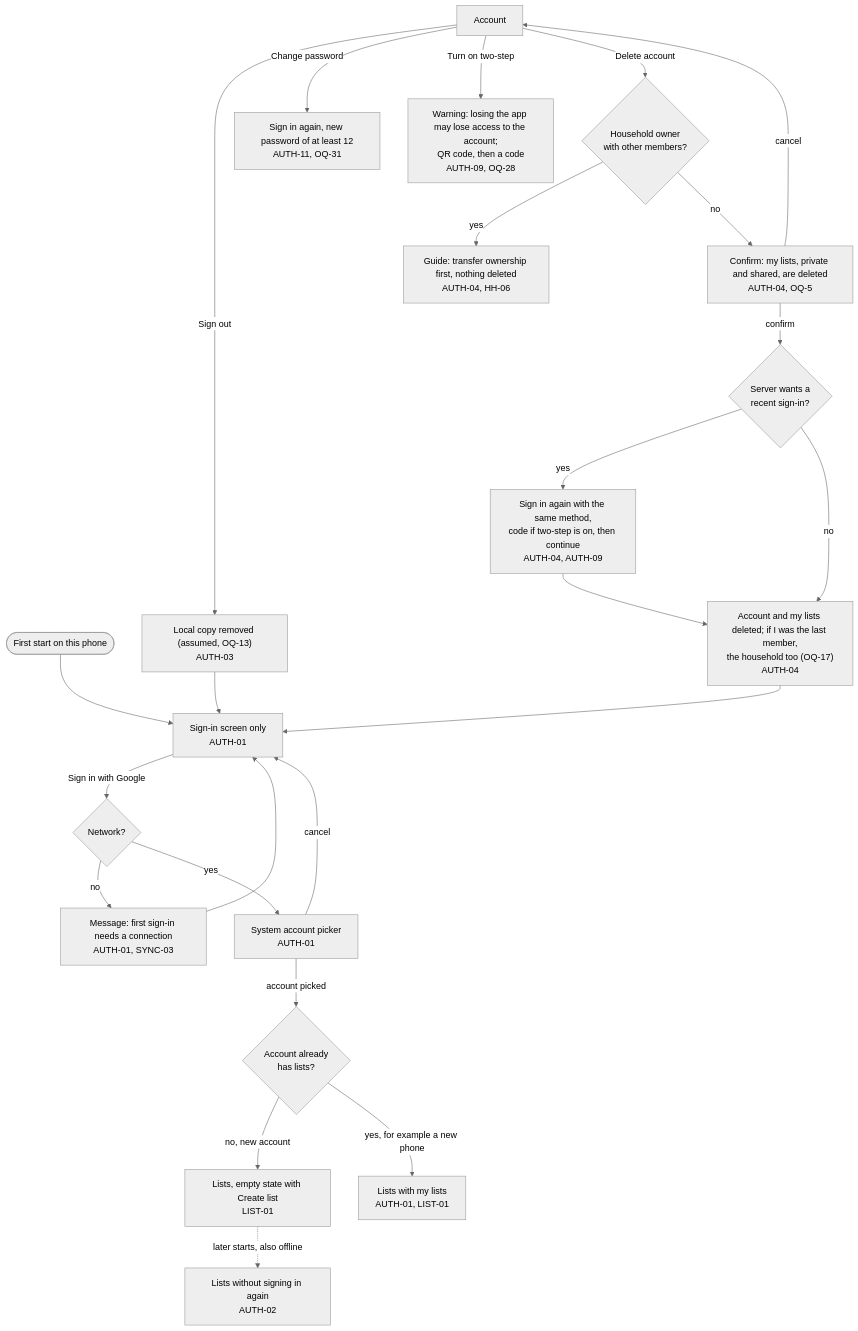
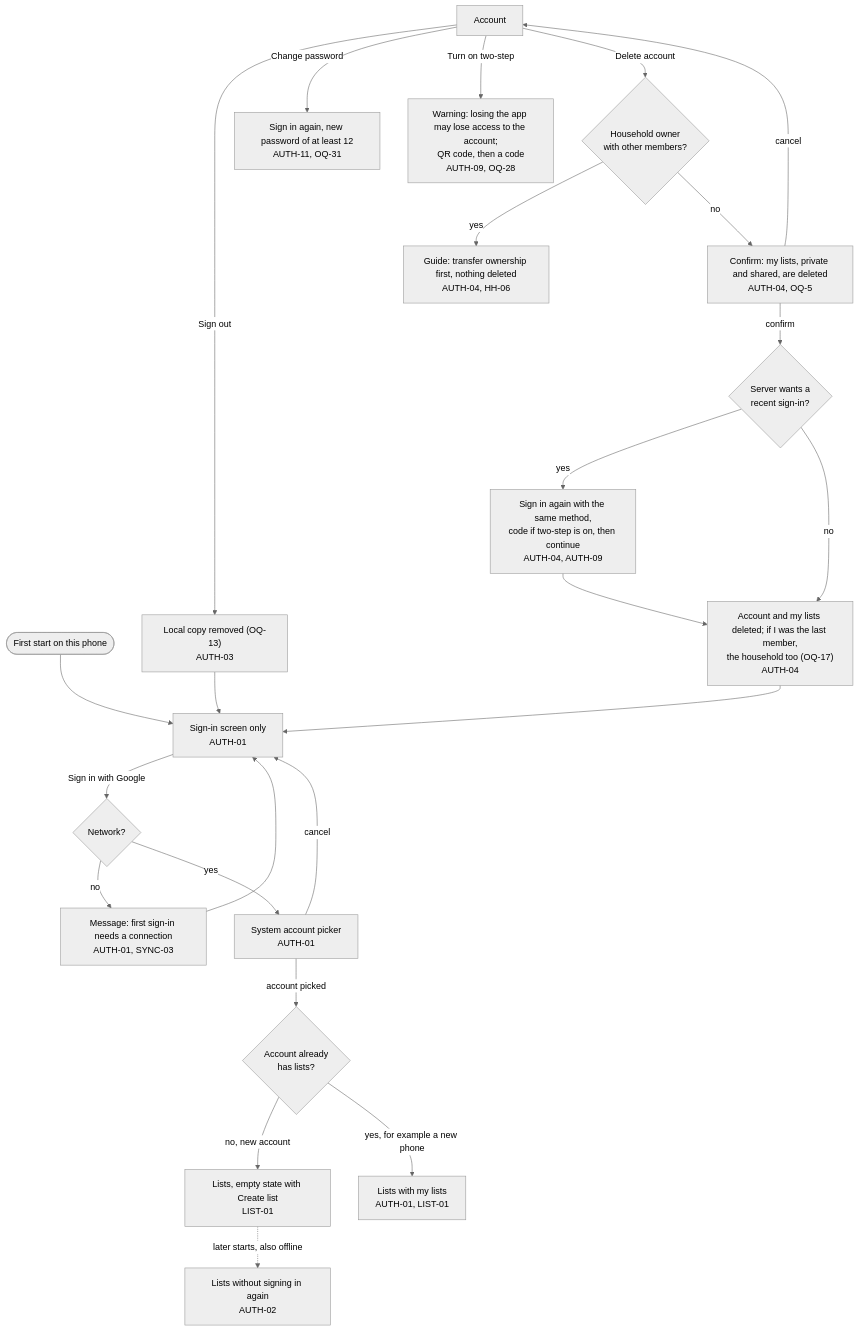
The second of 11 diagrams in docs/product/flow.md (bondo/listicles2), drawn with Mermaid (neutral theme) before and after one commit. The commit also changed other lines of this file and 5 other files, not shown here.

````diff
--- a/docs/product/flow.md
+++ b/docs/product/flow.md
@@ -60,22 +60,22 @@
 ```mermaid
 flowchart TD
     open(["First start on this phone"]) --> si["Sign-in screen only<br>AUTH-01"]
     si -- "Sign in with Google" --> net{"Network?"}
     net -- "no" --> nonet["Message: first sign-in needs a connection<br>AUTH-01, SYNC-03"] --> si
     net -- "yes" --> picker["System account picker<br>AUTH-01"]
     picker -- "cancel" --> si
     picker -- "account picked" --> known{"Account already<br>has lists?"}
     known -- "no, new account" --> home["Lists, empty state with Create list<br>LIST-01"]
     known -- "yes, for example a new phone" --> mine["Lists with my lists<br>AUTH-01, LIST-01"]
     home -. "later starts, also offline" .-> home2["Lists without signing in again<br>AUTH-02"]
-    acc["Account"] -- "Sign out" --> wipe["Local copy removed (assumed, OQ-13)<br>AUTH-03"] --> si
+    acc["Account"] -- "Sign out" --> wipe["Local copy removed (OQ-13)<br>AUTH-03"] --> si
     acc -- "Change password" --> chpw["Sign in again, new password of at least 12<br>AUTH-11, OQ-31"]
     acc -- "Turn on two-step" --> warn["Warning: losing the app may lose access to the account;<br>QR code, then a code<br>AUTH-09, OQ-28"]
     acc -- "Delete account" --> owner{"Household owner<br>with other members?"}
     owner -- "yes" --> transfer["Guide: transfer ownership first, nothing deleted<br>AUTH-04, HH-06"]
     owner -- "no" --> confirm["Confirm: my lists, private and shared, are deleted<br>AUTH-04, OQ-5"]
     confirm -- "cancel" --> acc
     confirm -- "confirm" --> reauth{"Server wants a<br>recent sign-in?"}
     reauth -- "yes" --> again["Sign in again with the same method,<br>code if two-step is on, then continue<br>AUTH-04, AUTH-09"] --> gone
     reauth -- "no" --> gone["Account and my lists deleted; if I was the last member,<br>the household too (OQ-17)<br>AUTH-04"] --> si
 ```
````
